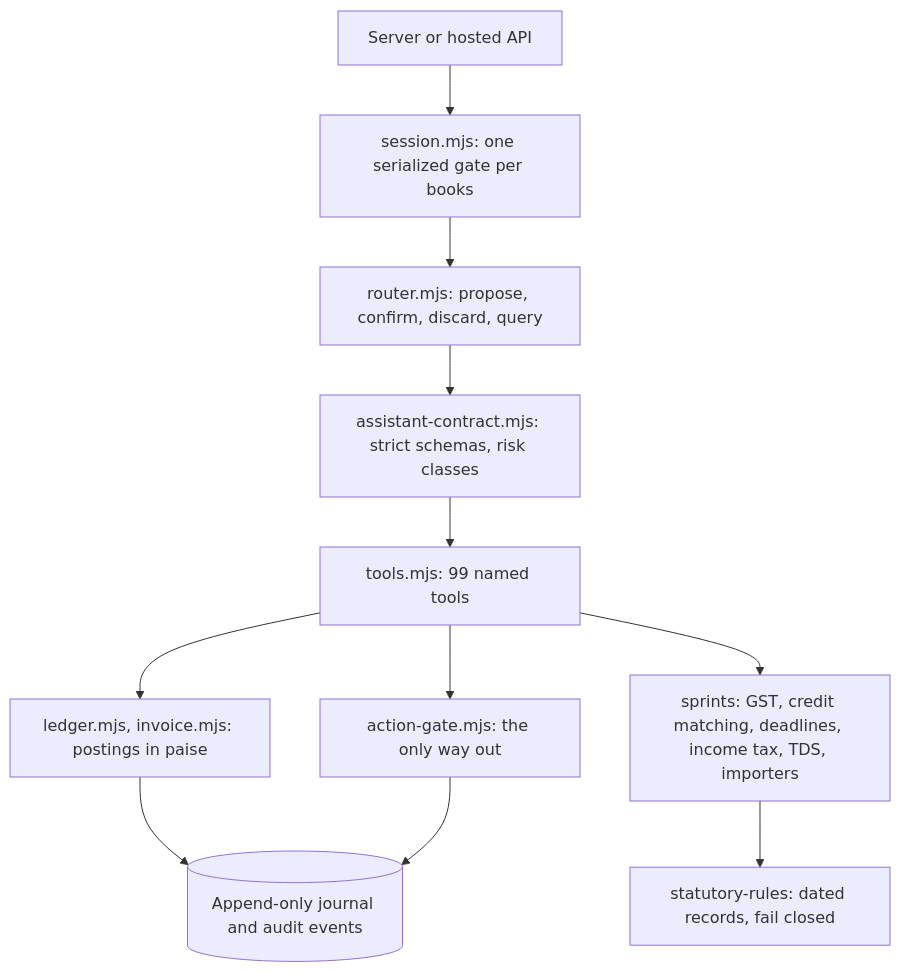
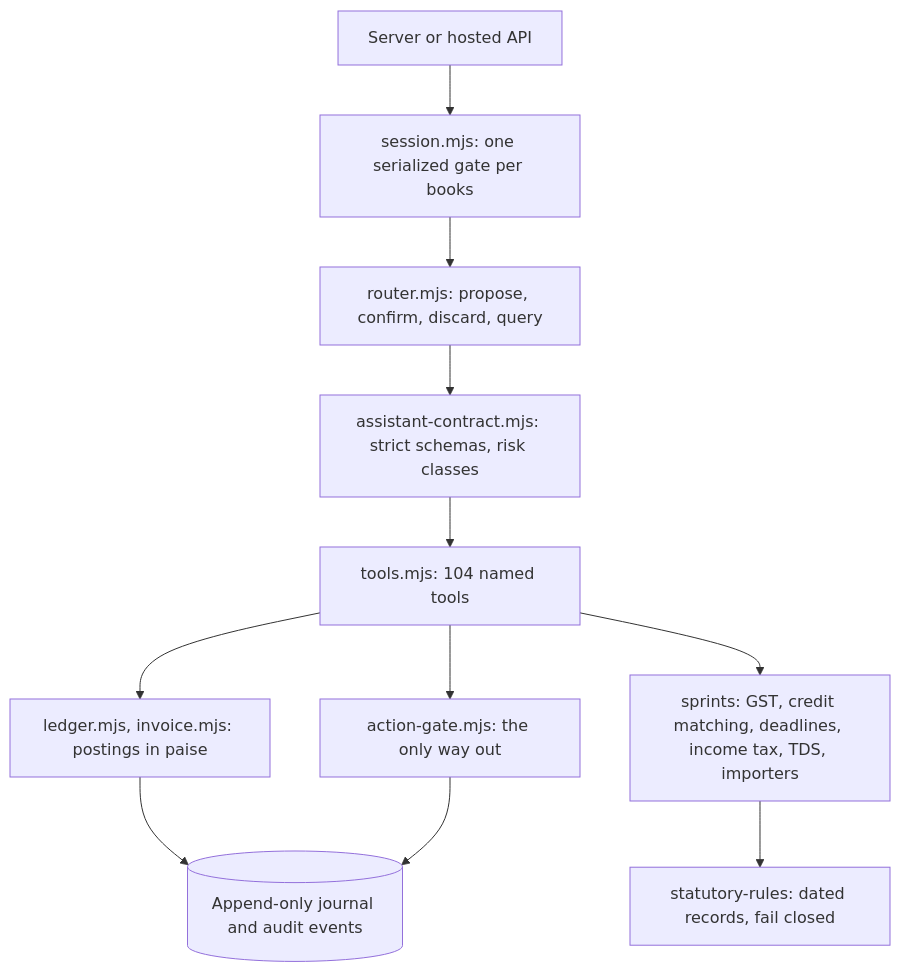
One commit to Vidyuthlabstechnologies/myca changed the second of 3 diagrams in docs/architecture/ARCHITECTURE.md. Above: the diagram before and after it, drawn with Mermaid. The commit also changed other lines of this file and 16 other files, not shown here.

````diff
--- a/docs/architecture/ARCHITECTURE.md
+++ b/docs/architecture/ARCHITECTURE.md
@@ -56,13 +56,13 @@
 ```mermaid
 flowchart TD
   caller[Server or hosted API] --> session[session.mjs: one serialized gate per books]
   session --> router[router.mjs: propose, confirm, discard, query]
   router --> contract[assistant-contract.mjs: strict schemas, risk classes]
-  contract --> tools[tools.mjs: 99 named tools]
+  contract --> tools[tools.mjs: 104 named tools]
   tools --> ledger[ledger.mjs, invoice.mjs: postings in paise]
   tools --> engines[sprints: GST, credit matching, deadlines, income tax, TDS, importers]
   tools --> gate[action-gate.mjs: the only way out]
   engines --> rules[statutory-rules: dated records, fail closed]
   ledger --> journal[(Append-only journal and audit events)]
   gate --> journal
 ```
````
